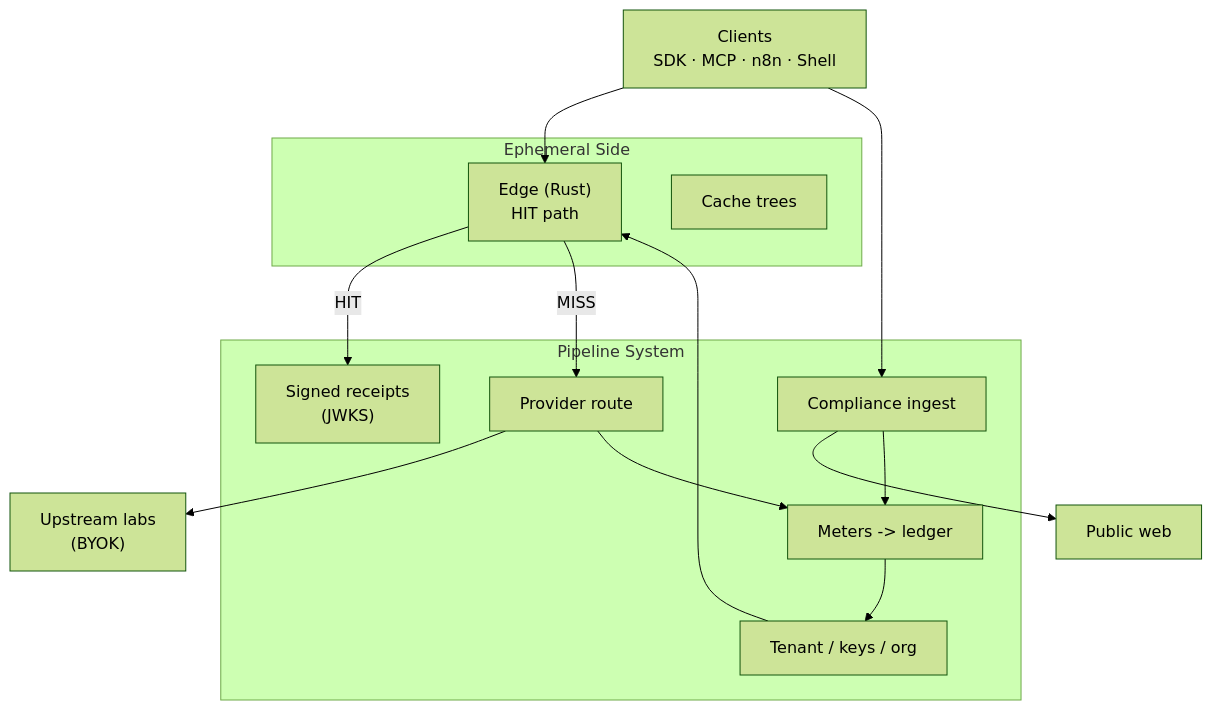
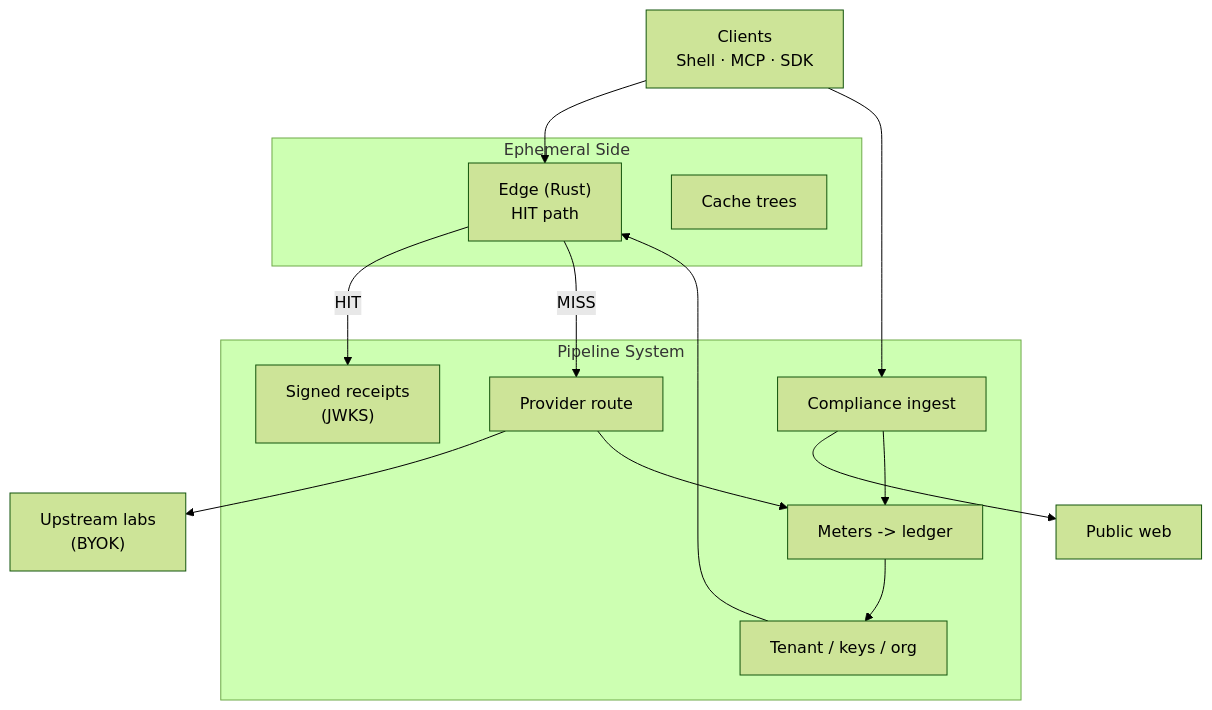
The diagram in README.md (iwasinnam2/metrecept-opensource), drawn with Mermaid (forest theme) before and after one commit. The commit also changed other lines of this file and 50 other files, not shown here.

````diff
--- a/README.md
+++ b/README.md
@@ -53,27 +33,27 @@
 ```mermaid
 flowchart TB
-  clients["Clients<br/>SDK · MCP · n8n · Shell"]
+  clients["Clients<br/>Shell · MCP · SDK"]
   subgraph ephemeral ["Ephemeral Side"]
     edge["Edge (Rust)<br/>HIT path"]
     trees["Cache trees"]
   end
   subgraph pipeline ["Pipeline System"]
     auth["Tenant / keys / org"]
     meters["Meters -> ledger"]
     ingest["Compliance ingest"]
     route["Provider route"]
     trust["Signed receipts<br/>(JWKS)"]
   end
   labs["Upstream labs<br/>(BYOK)"]
   web["Public web"]
   clients --> edge
   edge -->|HIT| trust
   edge -->|MISS| route
   route --> labs
   clients --> ingest
   ingest --> web
   auth --> edge
   meters --> auth
   route --> meters
   ingest --> meters
 ```
````
